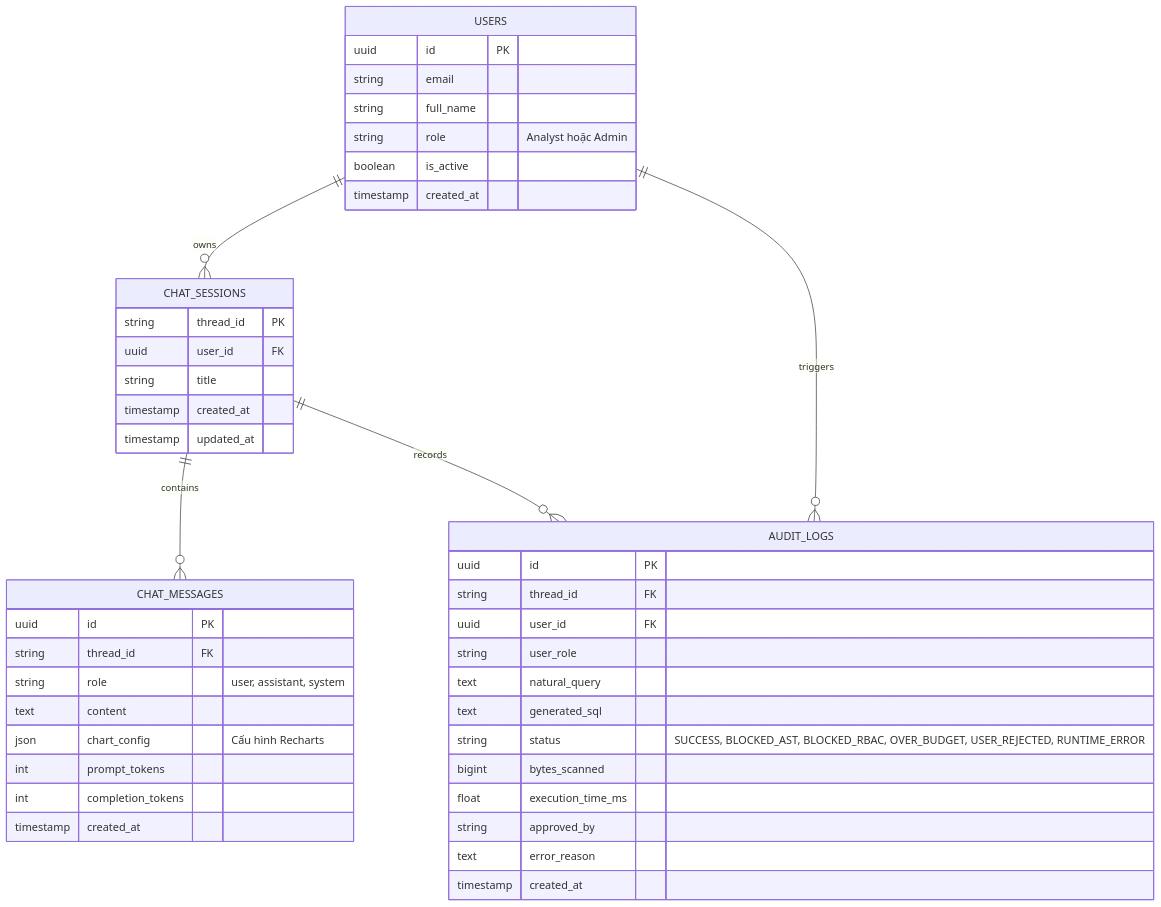
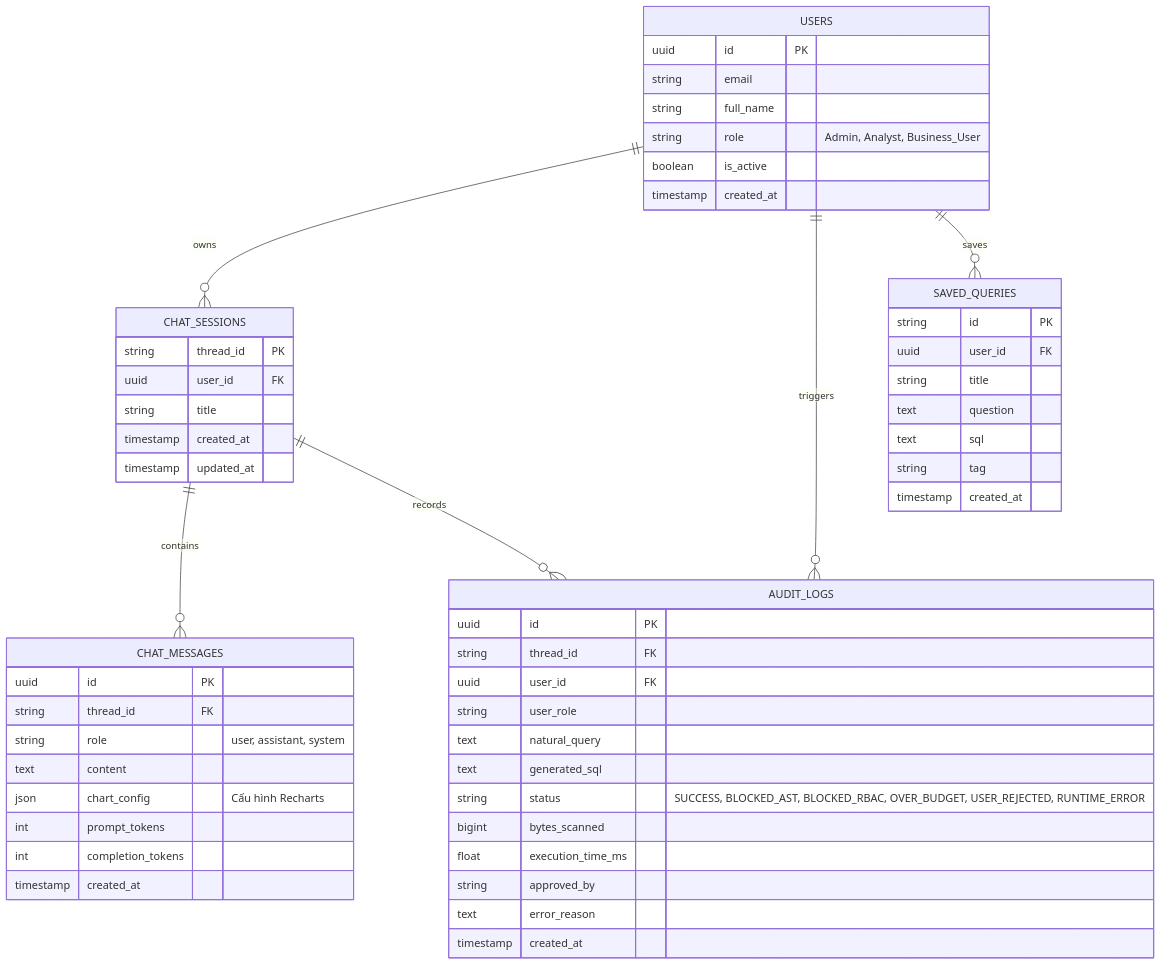
One commit to Bonkaaa/Text2SQL-AI-Agent changed the first of 2 diagrams in docs/DATABASE_SCHEMA.md. Above: the diagram before and after it, drawn with Mermaid. The commit also changed other lines of this file and 26 other files, not shown here.

````diff
--- a/docs/DATABASE_SCHEMA.md
+++ b/docs/DATABASE_SCHEMA.md
@@ -26,50 +25,61 @@
 ```mermaid
 erDiagram
     USERS ||--o{ CHAT_SESSIONS : owns
     USERS ||--o{ AUDIT_LOGS : triggers
+    USERS ||--o{ SAVED_QUERIES : saves
     CHAT_SESSIONS ||--o{ CHAT_MESSAGES : contains
     CHAT_SESSIONS ||--o{ AUDIT_LOGS : records
 
     USERS {
         uuid id PK
         string email
         string full_name
-        string role "Analyst hoặc Admin"
+        string role "Admin, Analyst, Business_User"
         boolean is_active
         timestamp created_at
     }
 
     CHAT_SESSIONS {
         string thread_id PK
         uuid user_id FK
         string title
         timestamp created_at
         timestamp updated_at
     }
 
     CHAT_MESSAGES {
         uuid id PK
         string thread_id FK
         string role "user, assistant, system"
         text content
         json chart_config "Cấu hình Recharts"
         int prompt_tokens
         int completion_tokens
         timestamp created_at
     }
 
+    SAVED_QUERIES {
+        string id PK
+        uuid user_id FK
+        string title
+        text question
+        text sql
+        string tag
+        timestamp created_at
+    }
+
     AUDIT_LOGS {
         uuid id PK
         string thread_id FK
         uuid user_id FK
         string user_role
         text natural_query
         text generated_sql
         string status "SUCCESS, BLOCKED_AST, BLOCKED_RBAC, OVER_BUDGET, USER_REJECTED, RUNTIME_ERROR"
         bigint bytes_scanned
         float execution_time_ms
         string approved_by
         text error_reason
         timestamp created_at
     }
 ```
````
